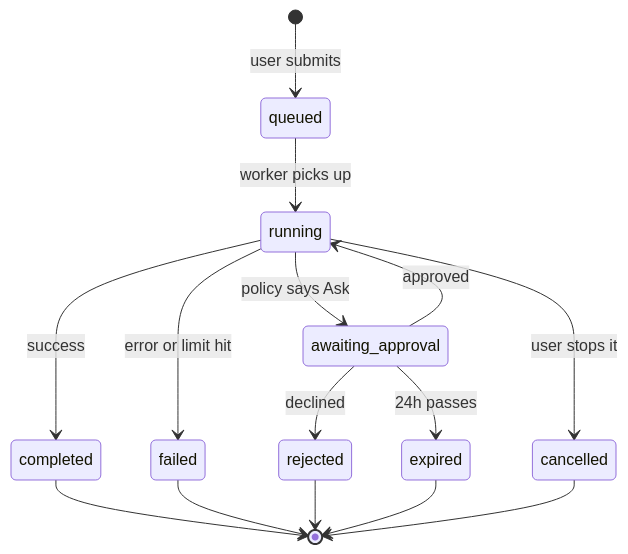
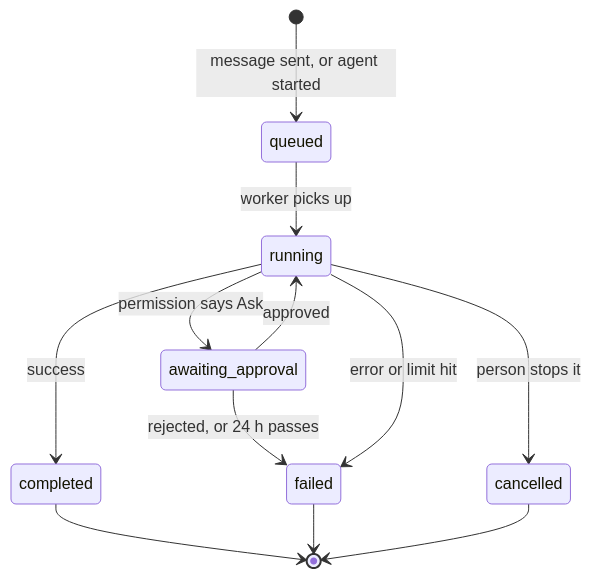
Before and after one commit to dharaneechinnu/ai-employee-platform: the sixth of 12 diagrams in docs/HLD.md, drawn with Mermaid. The commit also changed other lines of this file and 7 other files, not shown here.

````diff
--- a/docs/HLD.md
+++ b/docs/HLD.md
@@ -563,17 +436,14 @@
 ```mermaid
 stateDiagram-v2
-    [*] --> queued: user submits
+    [*] --> queued: message sent, or agent started
     queued --> running: worker picks up
-    running --> awaiting_approval: policy says Ask
+    running --> awaiting_approval: permission says Ask
     awaiting_approval --> running: approved
-    awaiting_approval --> rejected: declined
-    awaiting_approval --> expired: 24h passes
+    awaiting_approval --> failed: rejected, or 24 h passes
     running --> completed: success
     running --> failed: error or limit hit
-    running --> cancelled: user stops it
+    running --> cancelled: person stops it
     completed --> [*]
     failed --> [*]
-    rejected --> [*]
-    expired --> [*]
     cancelled --> [*]
 ```
````
